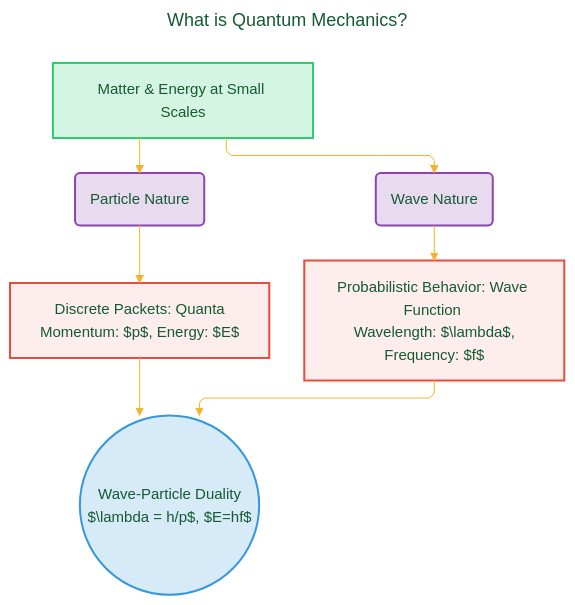
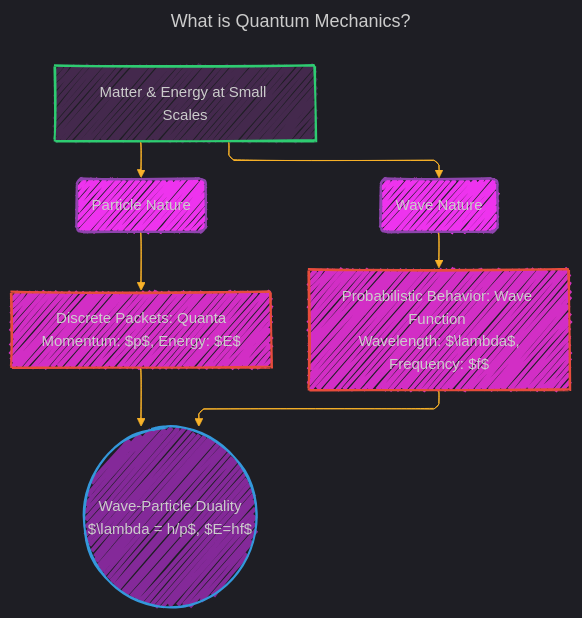
Before and after one commit to CongLeSolutionX/Harmonic_Atomica: the first of 7 diagrams in Quantum_Mechanics/Quantum_Mechanics.md, drawn with Mermaid.

````diff
--- a/Quantum_Mechanics/Quantum_Mechanics.md
+++ b/Quantum_Mechanics/Quantum_Mechanics.md
@@ -73,58 +73,59 @@
 ```mermaid
 ---
 title: "What is Quantum Mechanics?"
 author: "Cong Le"
 version: "1.0"
 license(s): "MIT, CC BY-SA 4.0"
 copyright: "Copyright (c) 2025 Cong Le. All Rights Reserved."
 config:
   layout: elk
-  theme: base
+  look: handDrawn
+  theme: dark
 ---
 %%%%%%%% Mermaid version v11.4.1-b.14
 %%%%%%%% Available curve styles include the following keywords:
 %% basis, bumpX, bumpY, cardinal, catmullRom, linear, monotoneX, monotoneY, natural, step, stepAfter, stepBefore.
 %%{
   init: {
     'securityLevel': 'loose',
     'flowchart': { 'htmlLabels': true, 'curve': 'linear' },
     'fontFamily': 'Comic Sans MS, cursive, sans-serif',
     'themeVariables': {
       'primaryColor': '#F5E3',
       'primaryTextColor': '#145A32',
       'lineColor': '#F8B229',
       'primaryBorderColor': '#27AE60',
       'secondaryColor': '#EBDEF0',
       'secondaryTextColor': '#6C3483',
       'secondaryBorderColor': '#A569BD',
       'fontSize': '15px'
     }
   }
 }%%
 flowchart TD
 
 A["Matter & Energy at Small Scales"] --> B("Particle Nature")
 
 A --> C("Wave Nature")
 
 B --> D["Discrete Packets: Quanta <br> Momentum: $p$, Energy: $E$"]
 
 C --> E["Probabilistic Behavior: Wave Function <br> Wavelength: $\lambda$, Frequency: $f$"]
 
 D & E --> F(("Wave-Particle Duality <br> $\lambda = h/p$, $E=hf$"))
 
   
 
-style A fill:#D5F5E3,stroke:#2ECC71,stroke-width:2px
+style A fill:#D5E3,stroke:#2ECC71,stroke-width:2px
 
-style B fill:#E8DAEF,stroke:#8E44AD,stroke-width:2px
+style B fill:#E3EF,stroke:#8E44AD,stroke-width:2px
 
-style C fill:#E8DAEF,stroke:#8E44AD,stroke-width:2px
+style C fill:#E3EF,stroke:#8E44AD,stroke-width:2px
 
-style D fill:#FDEDEC,stroke:#E74C3C,stroke-width:2px
+style D fill:#F3EC,stroke:#E74C3C,stroke-width:2px
 
-style E fill:#FDEDEC,stroke:#E74C3C,stroke-width:2px
+style E fill:#F3EC,stroke:#E74C3C,stroke-width:2px
 
-style F fill:#D6EAF8,stroke:#3498DB,stroke-width:2px
+style F fill:#D3F8,stroke:#3498DB,stroke-width:2px
 
 ```
````
